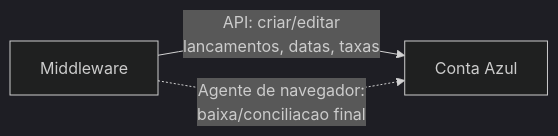
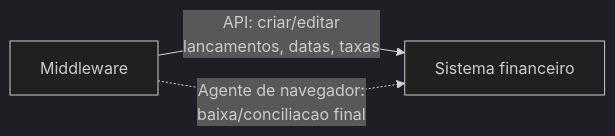
Before and after one commit to pvpatriota/conciliador-vendas-sistema-financeiro: the diagram in docs/APIS.md, drawn with Mermaid (dark theme). The commit also changed other lines of this file and 7 other files, not shown here.

First line of the commit message:
Torna o projeto agnostico ao sistema financeiro (remove nome do ERP)

````diff
--- a/docs/APIS.md
+++ b/docs/APIS.md
@@ -51,5 +51,5 @@
 ```mermaid
 flowchart LR
-    MW["Middleware"] -->|"API: criar/editar<br/>lancamentos, datas, taxas"| CA["Conta Azul"]
-    MW -.->|"Agente de navegador:<br/>baixa/conciliacao final"| CA
+    MW["Middleware"] -->|"API: criar/editar<br/>lancamentos, datas, taxas"| ERP["Sistema financeiro"]
+    MW -.->|"Agente de navegador:<br/>baixa/conciliacao final"| ERP
 ```
````
